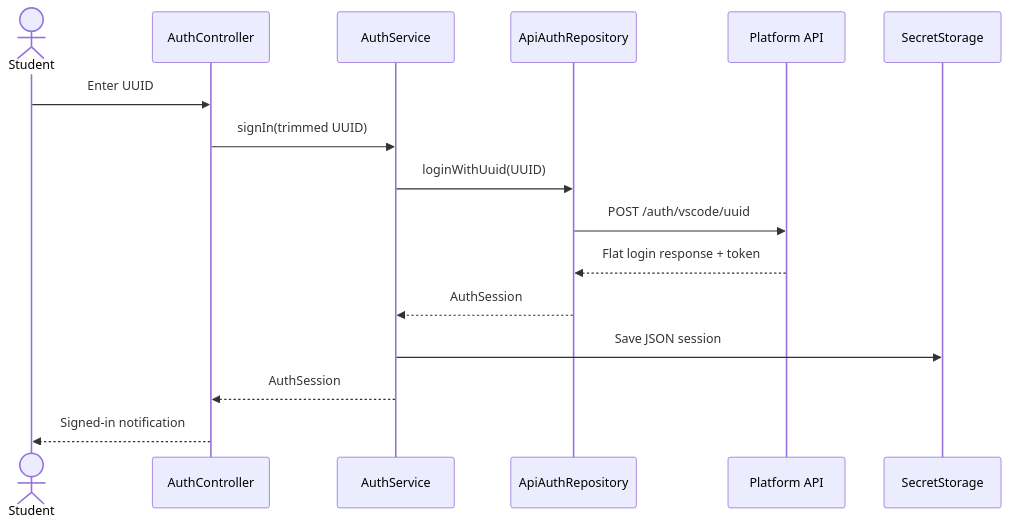
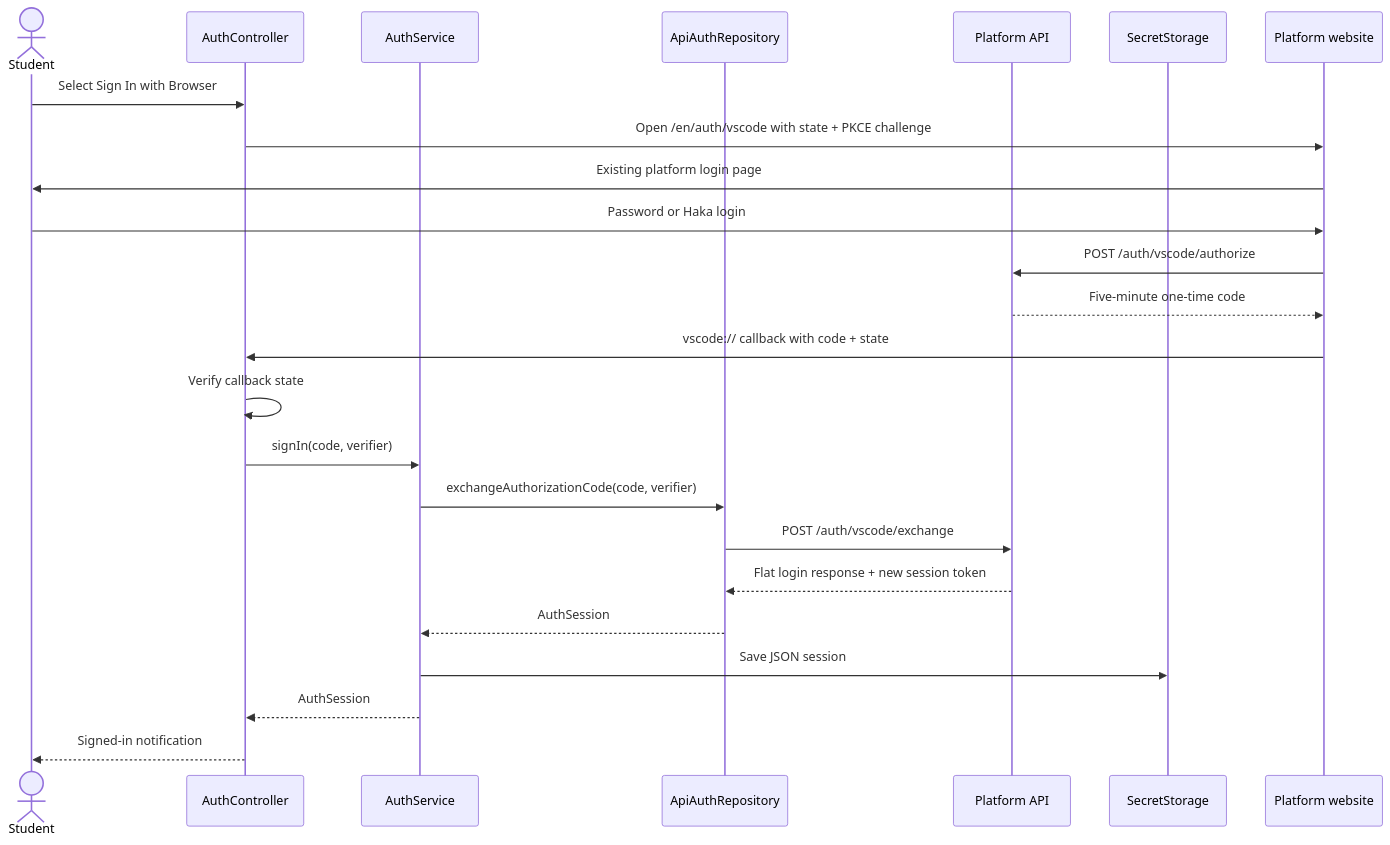
Before and after one commit to aalto-opencs/opencs-ide-plugin: the second of 5 diagrams in docs/developer-guide.md, drawn with Mermaid. The commit also changed other lines of this file and 2 other files, not shown here.

````diff
--- a/docs/developer-guide.md
+++ b/docs/developer-guide.md
@@ -271,19 +288,27 @@
 ```mermaid
 sequenceDiagram
     actor Student
     participant Controller as AuthController
     participant Service as AuthService
     participant Repo as ApiAuthRepository
     participant API as Platform API
     participant Secrets as SecretStorage
 
-    Student->>Controller: Enter UUID
-    Controller->>Service: signIn(trimmed UUID)
-    Service->>Repo: loginWithUuid(UUID)
-    Repo->>API: POST /auth/vscode/uuid
-    API-->>Repo: Flat login response + token
+    participant Browser as Platform website
+    Student->>Controller: Select Sign In with Browser
+    Controller->>Browser: Open /en/auth/vscode with state + PKCE challenge
+    Browser->>Student: Existing platform login page
+    Student->>Browser: Password or Haka login
+    Browser->>API: POST /auth/vscode/authorize
+    API-->>Browser: Five-minute one-time code
+    Browser->>Controller: vscode:// callback with code + state
+    Controller->>Controller: Verify callback state
+    Controller->>Service: signIn(code, verifier)
+    Service->>Repo: exchangeAuthorizationCode(code, verifier)
+    Repo->>API: POST /auth/vscode/exchange
+    API-->>Repo: Flat login response + new session token
     Repo-->>Service: AuthSession
     Service->>Secrets: Save JSON session
     Service-->>Controller: AuthSession
     Controller-->>Student: Signed-in notification
 ```
````
